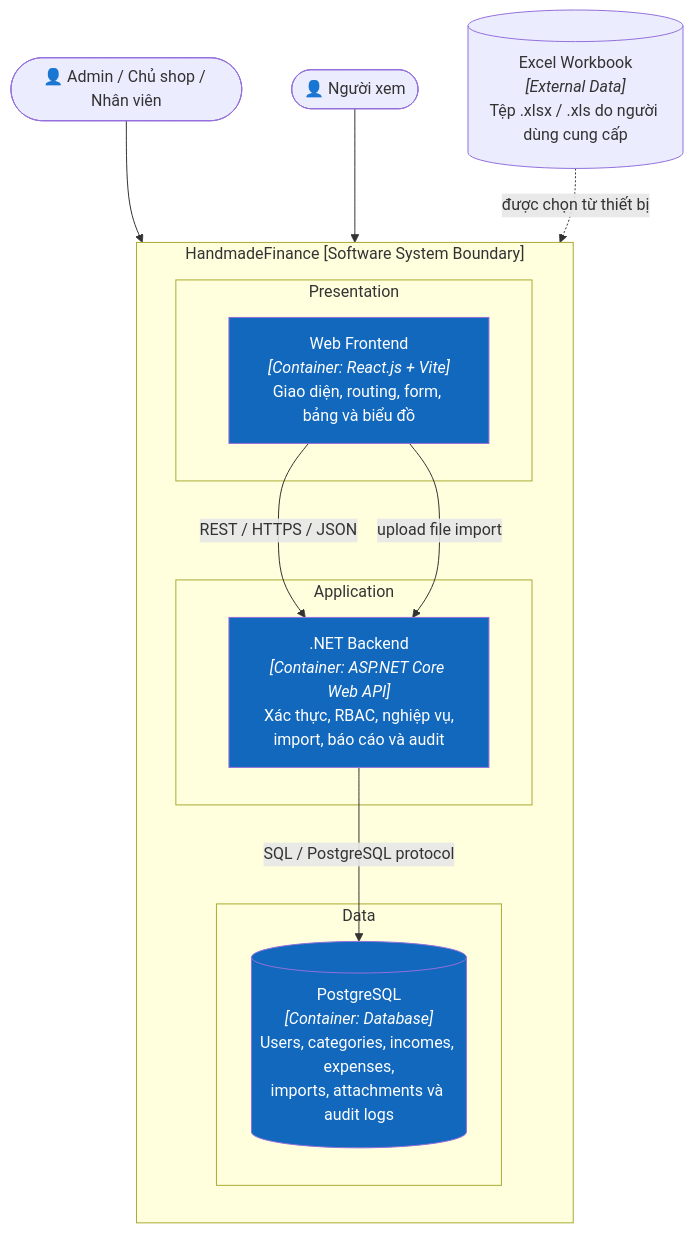
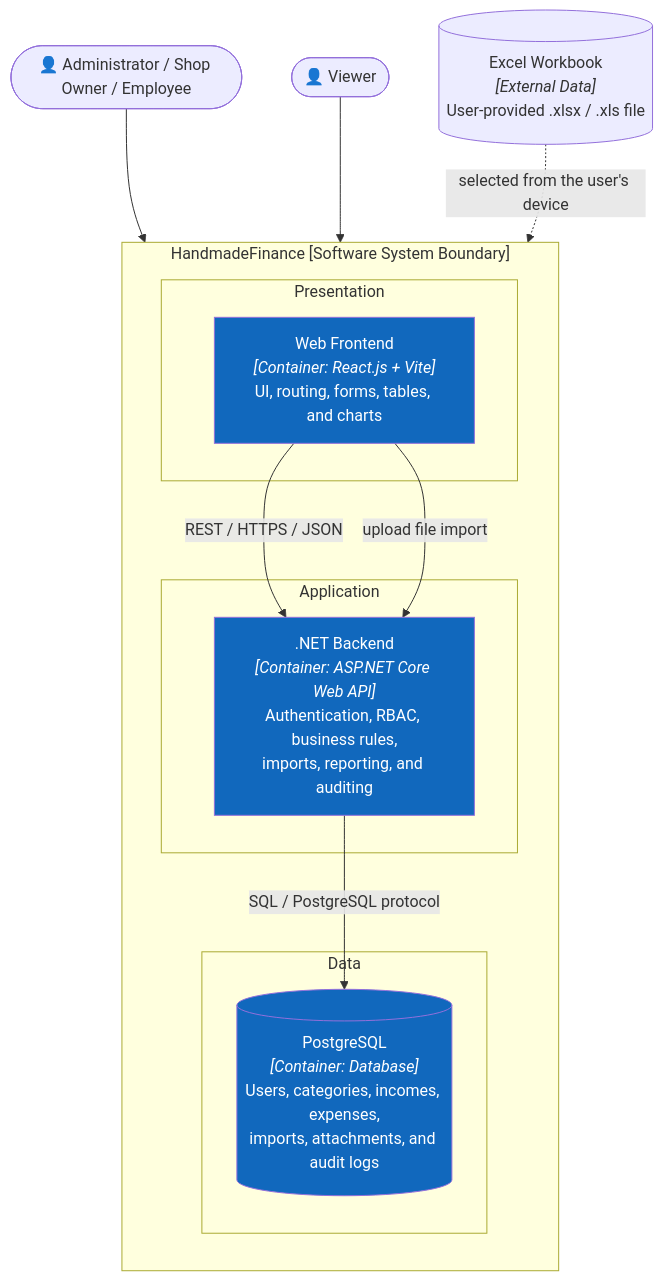
Before and after one commit to PhamHiep948/finance-manager: the first of 2 diagrams in docs/architecture/arc42/05-building-block-view.md, drawn with Mermaid. The commit also changed other lines of this file and 16 other files, not shown here.

````diff
--- a/docs/architecture/arc42/05-building-block-view.md
+++ b/docs/architecture/arc42/05-building-block-view.md
@@ -11,31 +11,31 @@
 ```mermaid
 flowchart TB
-    operator(["👤 Admin / Chủ shop / Nhân viên"])
-    reader(["👤 Người xem"])
+    operator(["👤 Administrator / Shop Owner / Employee"])
+    reader(["👤 Viewer"])
 
     subgraph platform["HandmadeFinance [Software System Boundary]"]
         direction TB
         subgraph presentation["Presentation"]
-            web["Web Frontend<br/><i>[Container: React.js + Vite]</i><br/>Giao diện, routing, form, bảng và biểu đồ"]
+            web["Web Frontend<br/><i>[Container: React.js + Vite]</i><br/>UI, routing, forms, tables, and charts"]
         end
         subgraph application["Application"]
-            backend[".NET Backend<br/><i>[Container: ASP.NET Core Web API]</i><br/>Xác thực, RBAC, nghiệp vụ,<br/>import, báo cáo và audit"]
+            backend[".NET Backend<br/><i>[Container: ASP.NET Core Web API]</i><br/>Authentication, RBAC, business rules,<br/>imports, reporting, and auditing"]
         end
         subgraph data["Data"]
-            database[("PostgreSQL<br/><i>[Container: Database]</i><br/>Users, categories, incomes, expenses,<br/>imports, attachments và audit logs")]
+            database[("PostgreSQL<br/><i>[Container: Database]</i><br/>Users, categories, incomes, expenses,<br/>imports, attachments, and audit logs")]
         end
     end
 
-    workbook[("Excel Workbook<br/><i>[External Data]</i><br/>Tệp .xlsx / .xls do người dùng cung cấp")]
+    workbook[("Excel Workbook<br/><i>[External Data]</i><br/>User-provided .xlsx / .xls file")]
 
     operator --> web
     reader --> web
     web -- "REST / HTTPS / JSON" --> backend
     web -- "upload file import" --> backend
-    workbook -.->|"được chọn từ thiết bị"| web
+    workbook -.->|"selected from the user's device"| web
     backend -- "SQL / PostgreSQL protocol" --> database
 
     style web fill:#1168bd,color:#fff
     style backend fill:#1168bd,color:#fff
     style database fill:#1168bd,color:#fff
 ```
````
